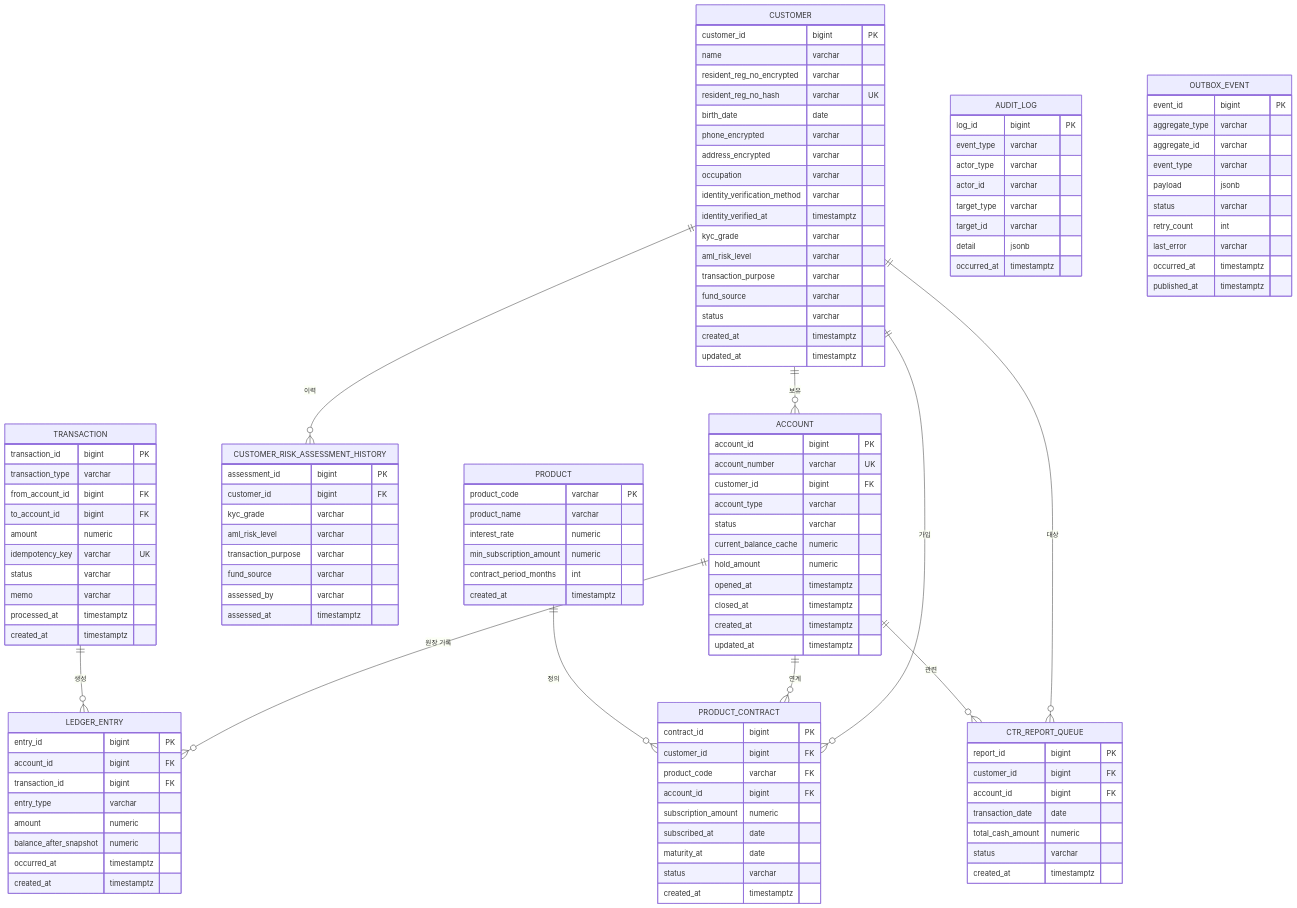
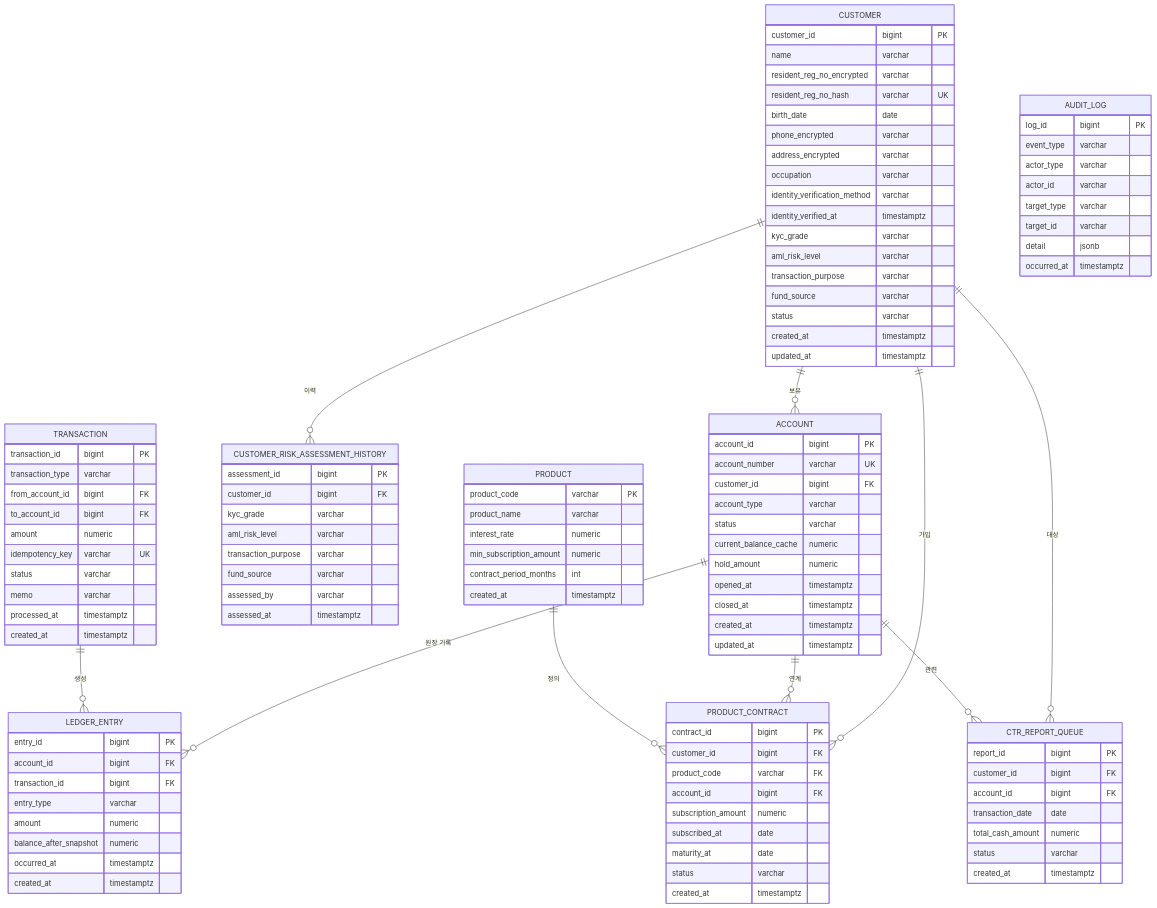
The first of 2 diagrams in docs/02_J-Bank_ERD.md (JaeHyun10-03/J-Bank), drawn with Mermaid before and after one commit. The commit also changed other lines of this file and 36 other files, not shown here.

````diff
--- a/docs/02_J-Bank_ERD.md
+++ b/docs/02_J-Bank_ERD.md
@@ -139,16 +139,4 @@
         occurred_at timestamptz
     }
 
-    OUTBOX_EVENT {
-        event_id bigint PK
-        aggregate_type varchar
-        aggregate_id varchar
-        event_type varchar
-        payload jsonb
-        status varchar
-        retry_count int
-        last_error varchar
-        occurred_at timestamptz
-        published_at timestamptz
-    }
 ```
````
